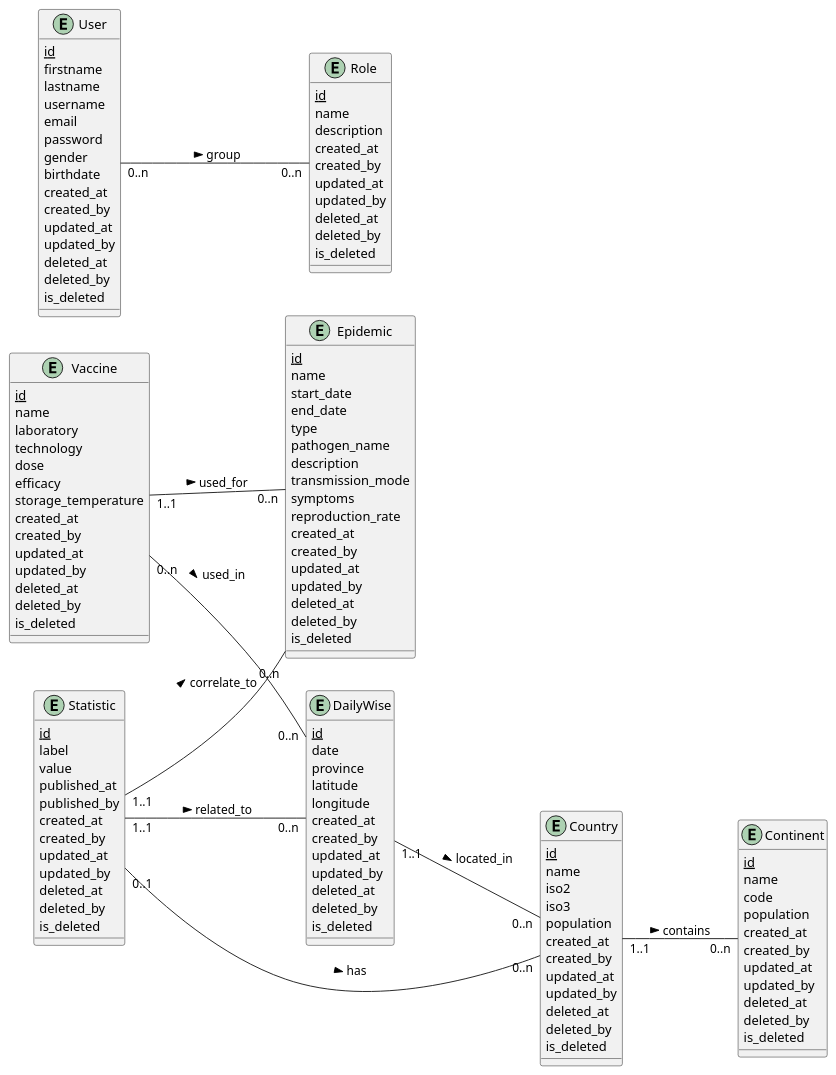
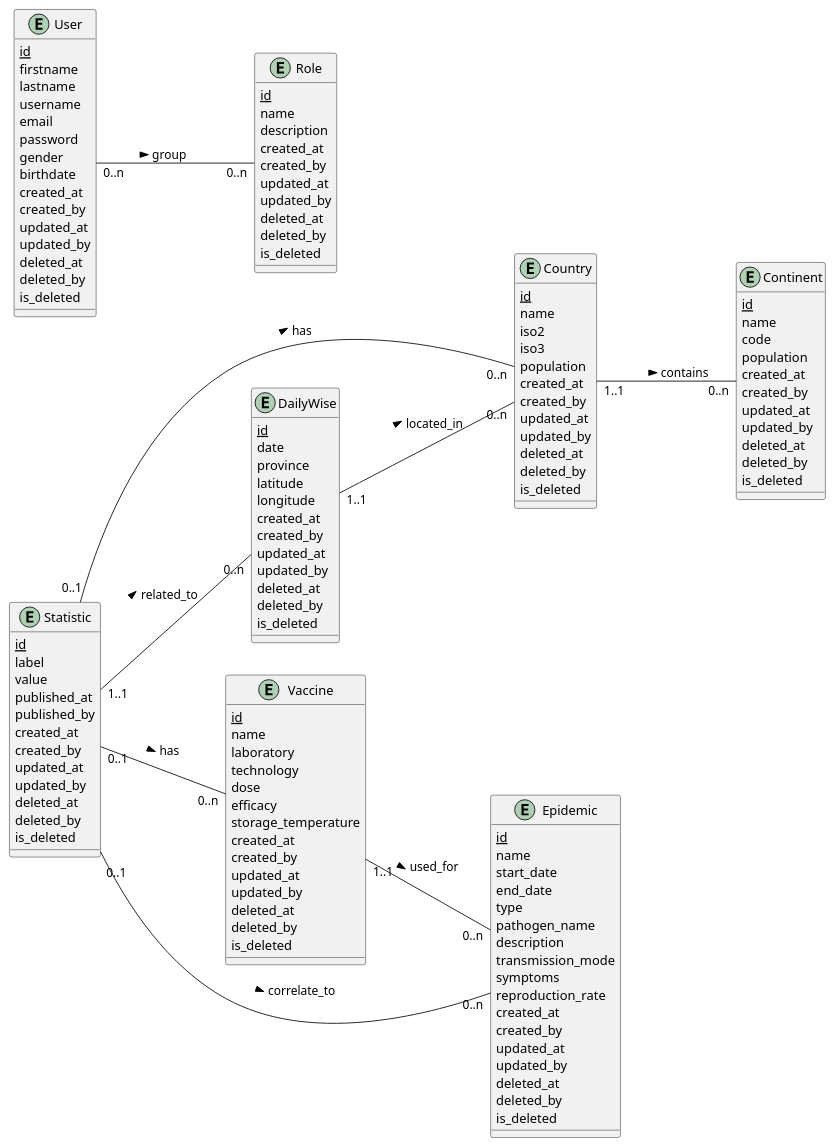
Before and after one commit to Sam-rst/EPSI_B3_MSPR-Groupe_MATS: the diagram in docs/diagrams/merise/mcd/mcd.puml, drawn with PlantUML. The commit also changed 20 other files, not shown here.

```diff
--- a/docs/diagrams/merise/mcd/mcd.puml
+++ b/docs/diagrams/merise/mcd/mcd.puml
@@ -1,143 +1,143 @@
 @startuml MCD Merise
 left to right direction
 skinparam packageStyle rectangle
 
 ' Entités
 entity Continent {
   {static} id
   name
   code
   population
   created_at
   created_by
   updated_at
   updated_by
   deleted_at
   deleted_by
   is_deleted
 }
 
 entity Country {
   {static} id
   name
   iso2
   iso3
   population
   created_at
   created_by
   updated_at
   updated_by
   deleted_at
   deleted_by
   is_deleted
 }
 
 entity User {
   {static} id
   firstname
   lastname
   username
   email
   password
   gender
   birthdate
   created_at
   created_by
   updated_at
   updated_by
   deleted_at
   deleted_by
   is_deleted
 }
 
 entity Role {
   {static} id
   name
   description
   created_at
   created_by
   updated_at
   updated_by
   deleted_at
   deleted_by
   is_deleted
 }
 
 entity Epidemic {
   {static} id
   name
   start_date
   end_date
   type
   pathogen_name
   description
   transmission_mode
   symptoms
   reproduction_rate
   created_at
   created_by
   updated_at
   updated_by
   deleted_at
   deleted_by
   is_deleted
 }
 
 entity Vaccine {
   {static} id
   name
   laboratory
   technology
   dose
   efficacy
   storage_temperature
   created_at
   created_by
   updated_at
   updated_by
   deleted_at
   deleted_by
   is_deleted
 }
 
 entity DailyWise {
   {static} id
   date
   province
   latitude
   longitude
   created_at
   created_by
   updated_at
   updated_by
   deleted_at
   deleted_by
   is_deleted
 }
 
 entity Statistic {
   {static} id
   label
   value
   published_at
   published_by
   created_at
   created_by
   updated_at
   updated_by
   deleted_at
   deleted_by
   is_deleted
 }
 
 ' Associations avec cardinalités
 Country "1..1" -- "0..n" Continent : contains >
 DailyWise "1..1" -- "0..n" Country : located_in >
 Statistic "1..1" -- "0..n" DailyWise : related_to >
 Statistic "0..1" -- "0..n" Country : has >
+Statistic "0..1" -- "0..n" Vaccine : has >
+Statistic "0..1" -- "0..n" Epidemic : correlate_to >
 Vaccine "1..1" -- "0..n" Epidemic : used_for >
-Statistic "1..1" -- "0..n" Epidemic : correlate_to >
-Vaccine "0..n" -- "0..n" DailyWise : used_in >
 User "0..n" -- "0..n" Role : group >
 
 @enduml
```
